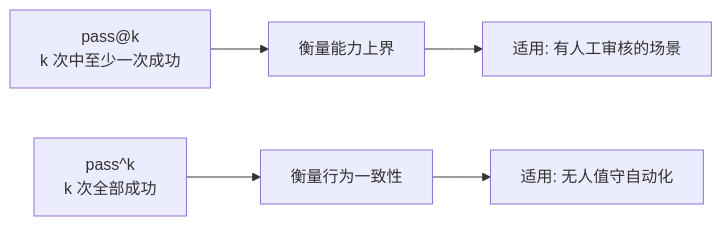
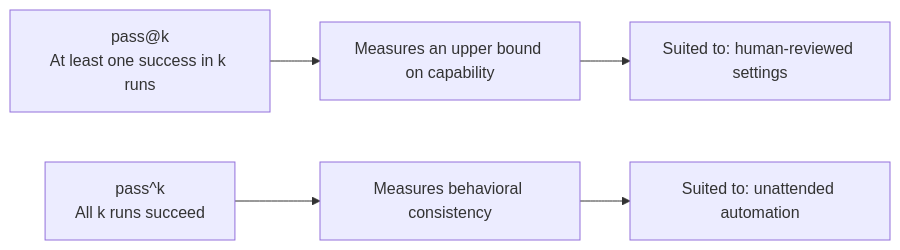
Before and after one commit to oneleaveknowsthefall/awesome-ai-roadmap: the fourth of 7 diagrams in docs/agent/05-production/14-agent-evaluation.md, drawn with Mermaid. The commit also changed other lines of this file and 68 other files, not shown here.

````diff
--- a/docs/agent/05-production/14-agent-evaluation.md
+++ b/docs/agent/05-production/14-agent-evaluation.md
@@ -179,8 +179,8 @@
 ```mermaid
 flowchart LR
-    P1["pass@k<br/>k 次中至少一次成功"] --> U1[衡量能力上界]
-    U1 --> S1[适用: 有人工审核的场景]
+    P1["pass@k<br/>At least one success in k runs"] --> U1[Measures an upper bound on capability]
+    U1 --> S1[Suited to: human-reviewed settings]
 
-    P2["pass^k<br/>k 次全部成功"] --> U2[衡量行为一致性]
-    U2 --> S2[适用: 无人值守自动化]
+    P2["pass^k<br/>All k runs succeed"] --> U2[Measures behavioral consistency]
+    U2 --> S2[Suited to: unattended automation]
 ```
````
